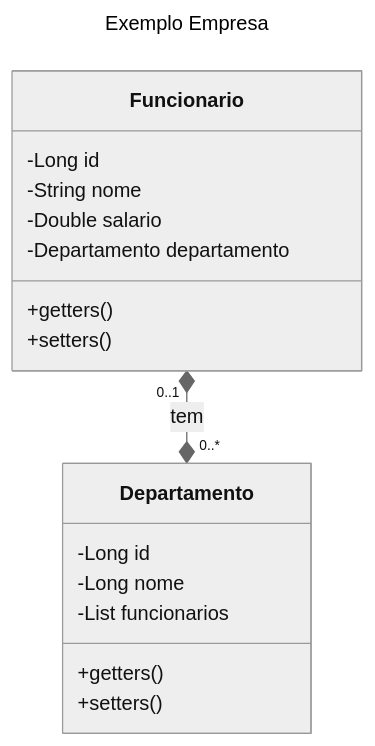
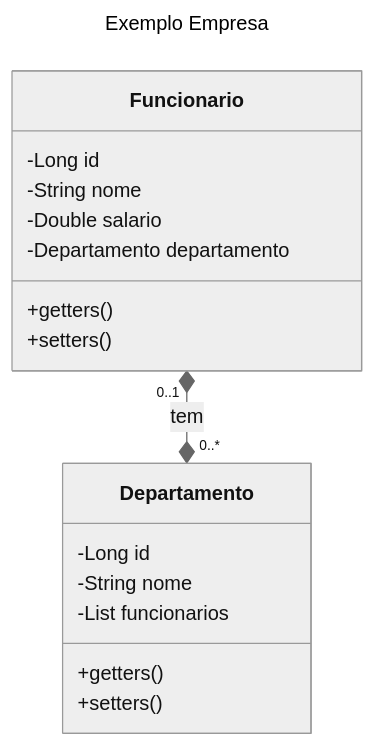
The first of 2 diagrams in README.md (lschlestein/hibernate), drawn with Mermaid (neutral theme) before and after one commit.

````diff
--- a/README.md
+++ b/README.md
@@ -209,22 +209,22 @@
 ```mermaid
 ---
 title: Exemplo Empresa
 ---
 classDiagram
     Funcionario "0..1" *--* "0..*" Departamento : tem
     class Funcionario{
         -Long id
         -String nome
         -Double salario
         -Departamento departamento
         +getters( )
         +setters( )
     }
     class Departamento{
         -Long id
-        -Long nome
+        -String nome
         -List <Funcionario> funcionarios
         +getters( )
         +setters( )
     }
 ```
````
